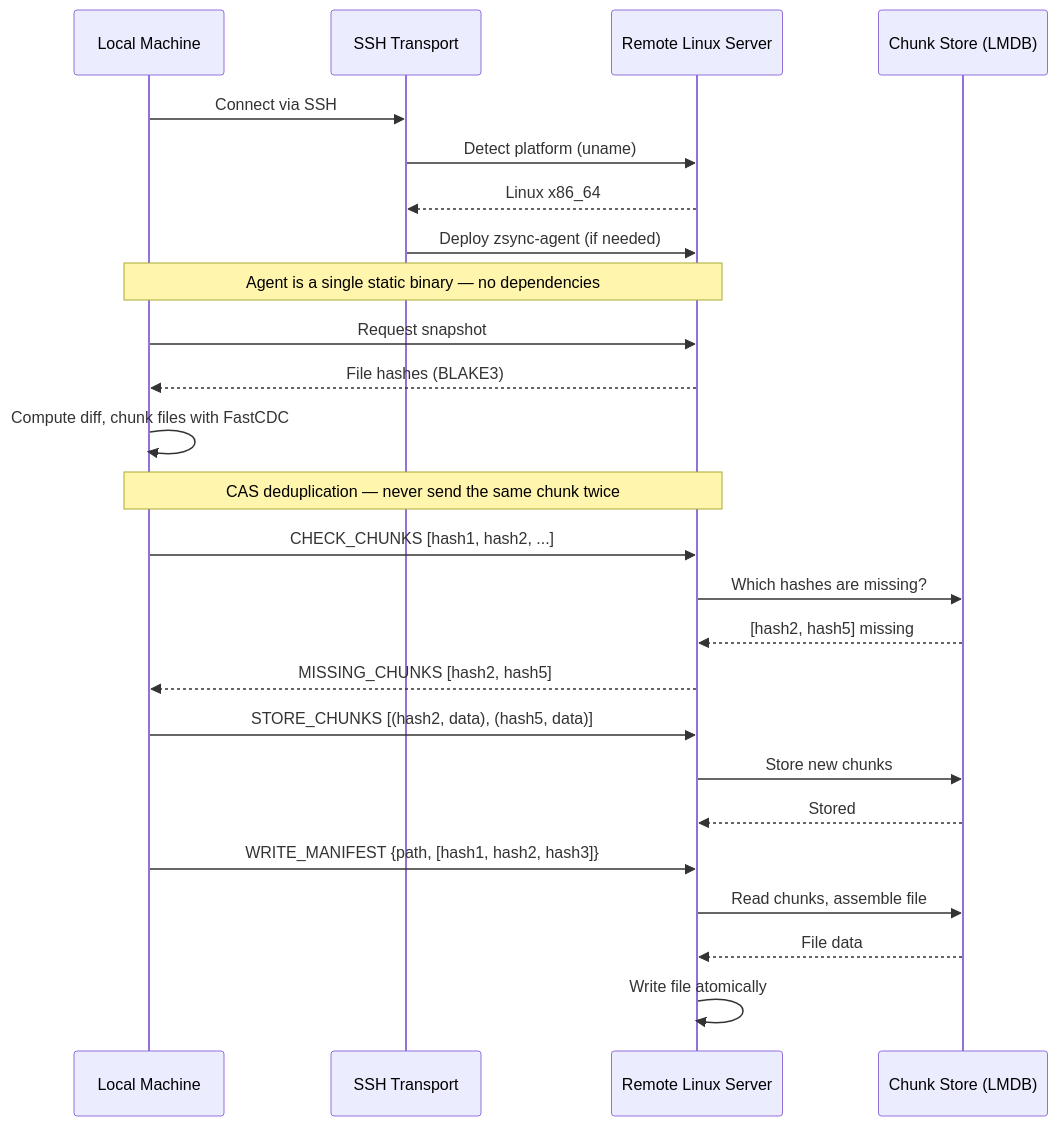
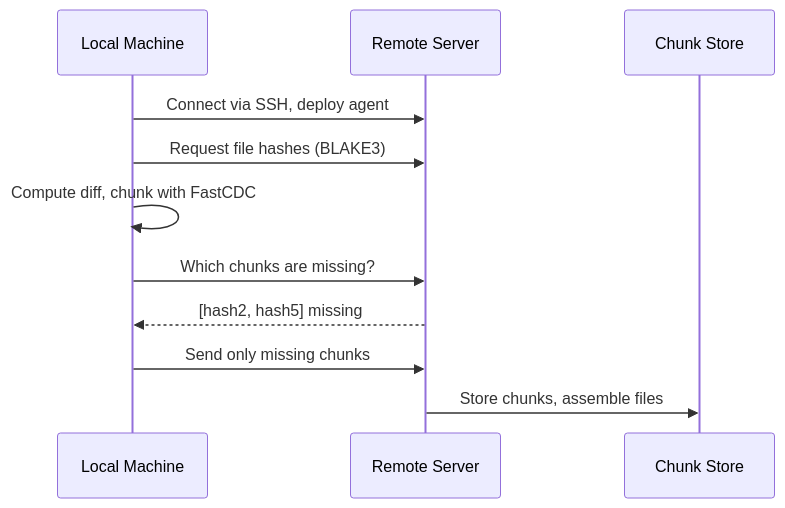
Before and after one commit to andrewgazelka/zsync: the diagram in README.md, drawn with Mermaid. The commit also changed other lines of this file, not shown here.

````diff
--- a/README.md
+++ b/README.md
@@ -57,34 +74,14 @@
 ```mermaid
 sequenceDiagram
     participant Local as Local Machine
-    participant SSH as SSH Transport
-    participant Remote as Remote Linux Server
-    participant CAS as Chunk Store (LMDB)
+    participant Remote as Remote Server
+    participant CAS as Chunk Store
 
-    Local->>SSH: Connect via SSH
-    SSH->>Remote: Detect platform (uname)
-    Remote-->>SSH: Linux x86_64
-    SSH->>Remote: Deploy zsync-agent (if needed)
-
-    Note over Local,Remote: Agent is a single static binary — no dependencies
-
-    Local->>Remote: Request snapshot
-    Remote-->>Local: File hashes (BLAKE3)
-    Local->>Local: Compute diff, chunk files with FastCDC
-
-    Note over Local,Remote: CAS deduplication — never send the same chunk twice
-
-    Local->>Remote: CHECK_CHUNKS [hash1, hash2, ...]
-    Remote->>CAS: Which hashes are missing?
-    CAS-->>Remote: [hash2, hash5] missing
-    Remote-->>Local: MISSING_CHUNKS [hash2, hash5]
-
-    Local->>Remote: STORE_CHUNKS [(hash2, data), (hash5, data)]
-    Remote->>CAS: Store new chunks
-    CAS-->>Remote: Stored
-
-    Local->>Remote: WRITE_MANIFEST {path, [hash1, hash2, hash3]}
-    Remote->>CAS: Read chunks, assemble file
-    CAS-->>Remote: File data
-    Remote->>Remote: Write file atomically
+    Local->>Remote: Connect via SSH, deploy agent
+    Local->>Remote: Request file hashes (BLAKE3)
+    Local->>Local: Compute diff, chunk with FastCDC
+    Local->>Remote: Which chunks are missing?
+    Remote-->>Local: [hash2, hash5] missing
+    Local->>Remote: Send only missing chunks
+    Remote->>CAS: Store chunks, assemble files
 ```
````
